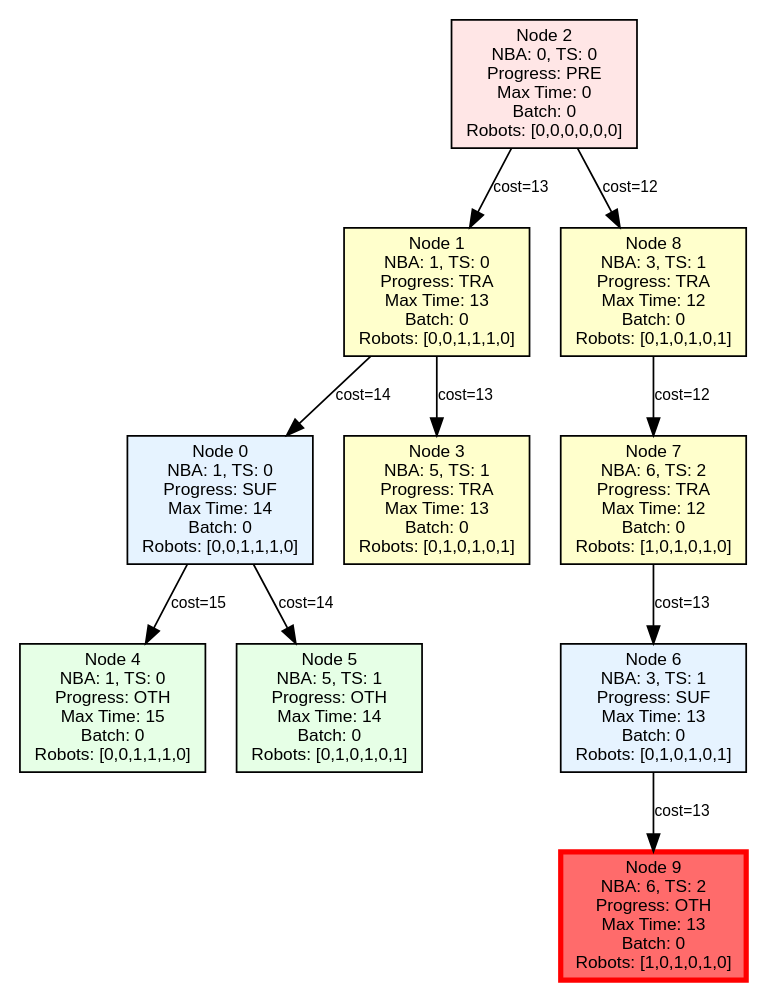
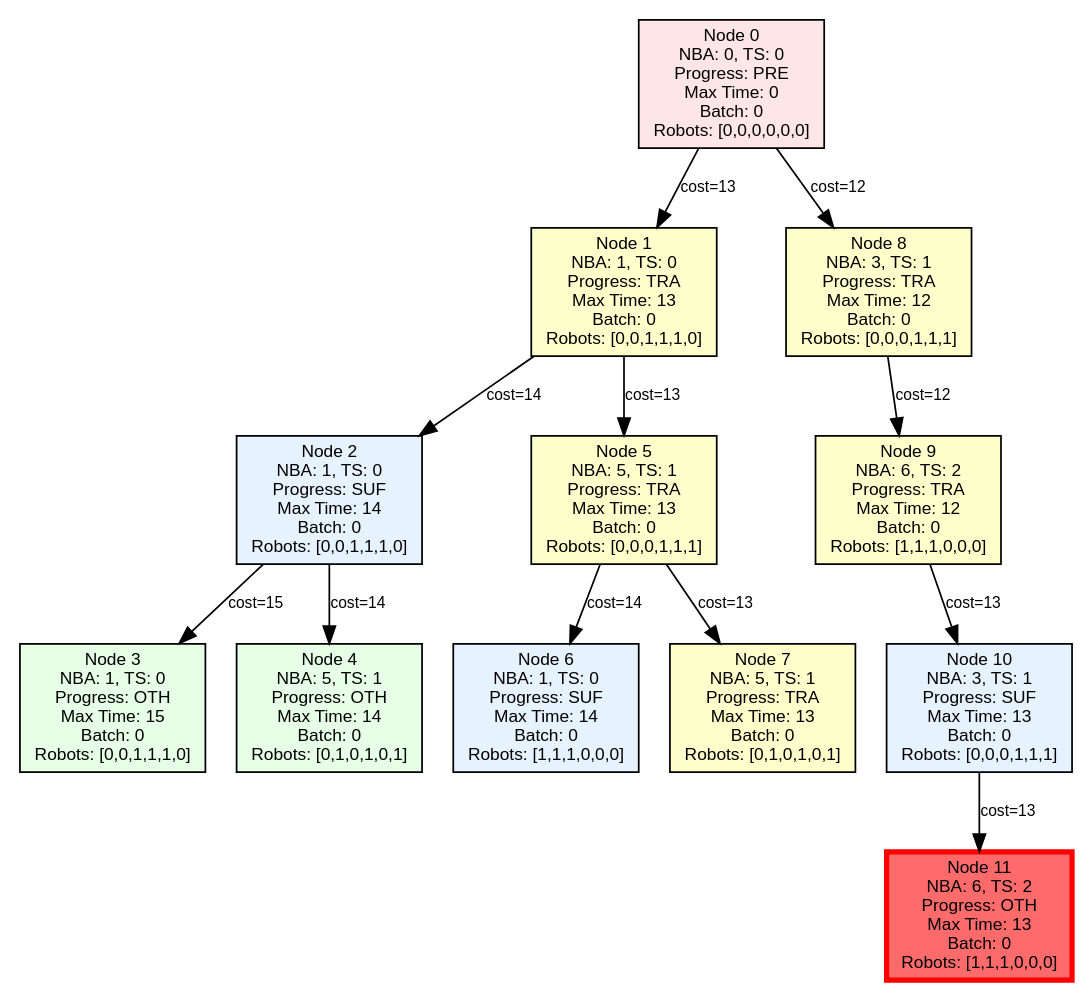
The diagram in MCTB-PDT/output/infinite_test_3_tree.dot (jrourke48/HMRTA_TS_GENERATION), drawn with Graphviz before and after one commit. The commit also changed 90 other files, not shown here.

```diff
--- a/MCTB-PDT/output/infinite_test_3_tree.dot
+++ b/MCTB-PDT/output/infinite_test_3_tree.dot
@@ -1,26 +1,30 @@
 digraph PlanningTree {
   rankdir=TB;
   node [shape=box, style=filled, fontname=Arial, fontsize=10];
   edge [fontname=Arial, fontsize=9];
 
-  node_0 [label="Node 0\nNBA: 1, TS: 0\nProgress: SUF\nMax Time: 14\nBatch: 0\nRobots: [0,0,1,1,1,0]", fillcolor="#E6F3FF"];
+  node_0 [label="Node 0\nNBA: 0, TS: 0\nProgress: PRE\nMax Time: 0\nBatch: 0\nRobots: [0,0,0,0,0,0]", fillcolor="#FFE6E6"];
   node_1 [label="Node 1\nNBA: 1, TS: 0\nProgress: TRA\nMax Time: 13\nBatch: 0\nRobots: [0,0,1,1,1,0]", fillcolor="#FFFFCC"];
-  node_2 [label="Node 2\nNBA: 0, TS: 0\nProgress: PRE\nMax Time: 0\nBatch: 0\nRobots: [0,0,0,0,0,0]", fillcolor="#FFE6E6"];
-  node_3 [label="Node 3\nNBA: 5, TS: 1\nProgress: TRA\nMax Time: 13\nBatch: 0\nRobots: [0,1,0,1,0,1]", fillcolor="#FFFFCC"];
-  node_4 [label="Node 4\nNBA: 1, TS: 0\nProgress: OTH\nMax Time: 15\nBatch: 0\nRobots: [0,0,1,1,1,0]", fillcolor="#E6FFE6"];
-  node_5 [label="Node 5\nNBA: 5, TS: 1\nProgress: OTH\nMax Time: 14\nBatch: 0\nRobots: [0,1,0,1,0,1]", fillcolor="#E6FFE6"];
-  node_6 [label="Node 6\nNBA: 3, TS: 1\nProgress: SUF\nMax Time: 13\nBatch: 0\nRobots: [0,1,0,1,0,1]", fillcolor="#E6F3FF"];
-  node_7 [label="Node 7\nNBA: 6, TS: 2\nProgress: TRA\nMax Time: 12\nBatch: 0\nRobots: [1,0,1,0,1,0]", fillcolor="#FFFFCC"];
-  node_8 [label="Node 8\nNBA: 3, TS: 1\nProgress: TRA\nMax Time: 12\nBatch: 0\nRobots: [0,1,0,1,0,1]", fillcolor="#FFFFCC"];
-  node_9 [label="Node 9\nNBA: 6, TS: 2\nProgress: OTH\nMax Time: 13\nBatch: 0\nRobots: [1,0,1,0,1,0]", fillcolor="#FF6B6B", penwidth=3, color=red];
+  node_2 [label="Node 2\nNBA: 1, TS: 0\nProgress: SUF\nMax Time: 14\nBatch: 0\nRobots: [0,0,1,1,1,0]", fillcolor="#E6F3FF"];
+  node_3 [label="Node 3\nNBA: 1, TS: 0\nProgress: OTH\nMax Time: 15\nBatch: 0\nRobots: [0,0,1,1,1,0]", fillcolor="#E6FFE6"];
+  node_4 [label="Node 4\nNBA: 5, TS: 1\nProgress: OTH\nMax Time: 14\nBatch: 0\nRobots: [0,1,0,1,0,1]", fillcolor="#E6FFE6"];
+  node_5 [label="Node 5\nNBA: 5, TS: 1\nProgress: TRA\nMax Time: 13\nBatch: 0\nRobots: [0,0,0,1,1,1]", fillcolor="#FFFFCC"];
+  node_6 [label="Node 6\nNBA: 1, TS: 0\nProgress: SUF\nMax Time: 14\nBatch: 0\nRobots: [1,1,1,0,0,0]", fillcolor="#E6F3FF"];
+  node_7 [label="Node 7\nNBA: 5, TS: 1\nProgress: TRA\nMax Time: 13\nBatch: 0\nRobots: [0,1,0,1,0,1]", fillcolor="#FFFFCC"];
+  node_8 [label="Node 8\nNBA: 3, TS: 1\nProgress: TRA\nMax Time: 12\nBatch: 0\nRobots: [0,0,0,1,1,1]", fillcolor="#FFFFCC"];
+  node_9 [label="Node 9\nNBA: 6, TS: 2\nProgress: TRA\nMax Time: 12\nBatch: 0\nRobots: [1,1,1,0,0,0]", fillcolor="#FFFFCC"];
+  node_10 [label="Node 10\nNBA: 3, TS: 1\nProgress: SUF\nMax Time: 13\nBatch: 0\nRobots: [0,0,0,1,1,1]", fillcolor="#E6F3FF"];
+  node_11 [label="Node 11\nNBA: 6, TS: 2\nProgress: OTH\nMax Time: 13\nBatch: 0\nRobots: [1,1,1,0,0,0]", fillcolor="#FF6B6B", penwidth=3, color=red];
 
-  node_0 -> node_4 [label="cost=15"];
-  node_0 -> node_5 [label="cost=14"];
-  node_1 -> node_0 [label="cost=14"];
-  node_1 -> node_3 [label="cost=13"];
-  node_2 -> node_1 [label="cost=13"];
-  node_2 -> node_8 [label="cost=12"];
-  node_6 -> node_9 [label="cost=13"];
-  node_7 -> node_6 [label="cost=13"];
-  node_8 -> node_7 [label="cost=12"];
+  node_0 -> node_1 [label="cost=13"];
+  node_0 -> node_8 [label="cost=12"];
+  node_1 -> node_2 [label="cost=14"];
+  node_1 -> node_5 [label="cost=13"];
+  node_2 -> node_3 [label="cost=15"];
+  node_2 -> node_4 [label="cost=14"];
+  node_5 -> node_6 [label="cost=14"];
+  node_5 -> node_7 [label="cost=13"];
+  node_8 -> node_9 [label="cost=12"];
+  node_9 -> node_10 [label="cost=13"];
+  node_10 -> node_11 [label="cost=13"];
 }
```
